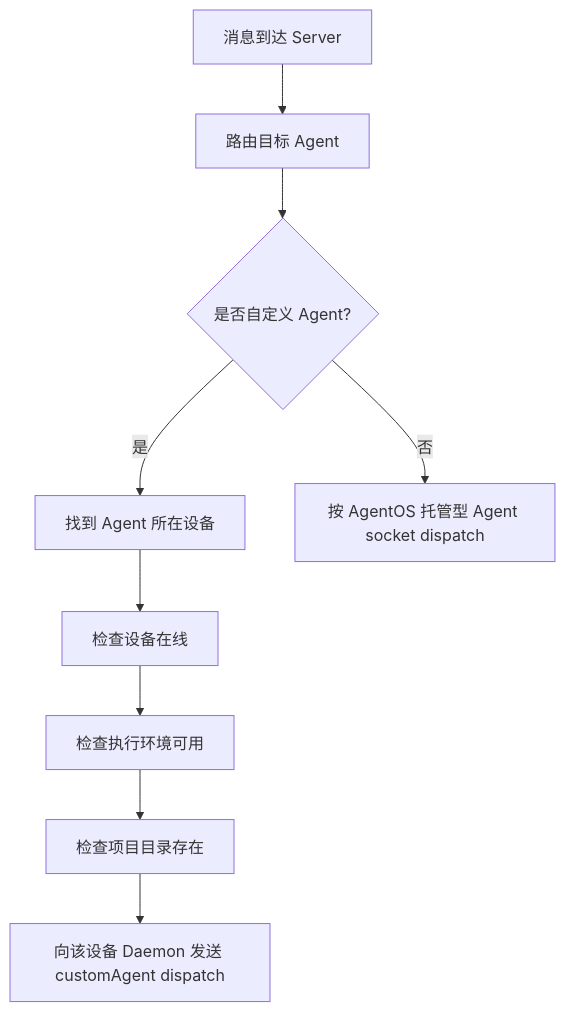
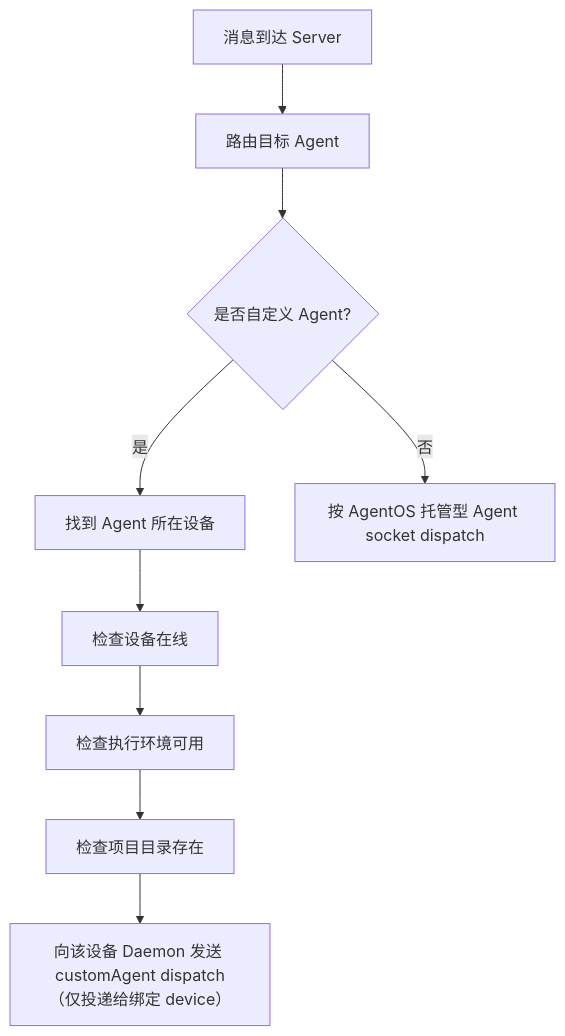
The fifth of 6 diagrams in README.md (xiaojichao/agentbean), drawn with Mermaid before and after one commit. The commit also changed other lines of this file and 4 other files, not shown here.

````diff
--- a/README.md
+++ b/README.md
@@ -161,11 +158,11 @@
 ```mermaid
 flowchart TD
   M["消息到达 Server"] --> R["路由目标 Agent"]
   R --> C{"是否自定义 Agent?"}
   C -- 是 --> D["找到 Agent 所在设备"]
   D --> E["检查设备在线"]
   E --> F["检查执行环境可用"]
   F --> G["检查项目目录存在"]
-  G --> H["向该设备 Daemon 发送 customAgent dispatch"]
+  G --> H["向该设备 Daemon 发送 customAgent dispatch（仅投递给绑定 device）"]
   C -- 否 --> I["按 AgentOS 托管型 Agent socket dispatch"]
 ```
````
